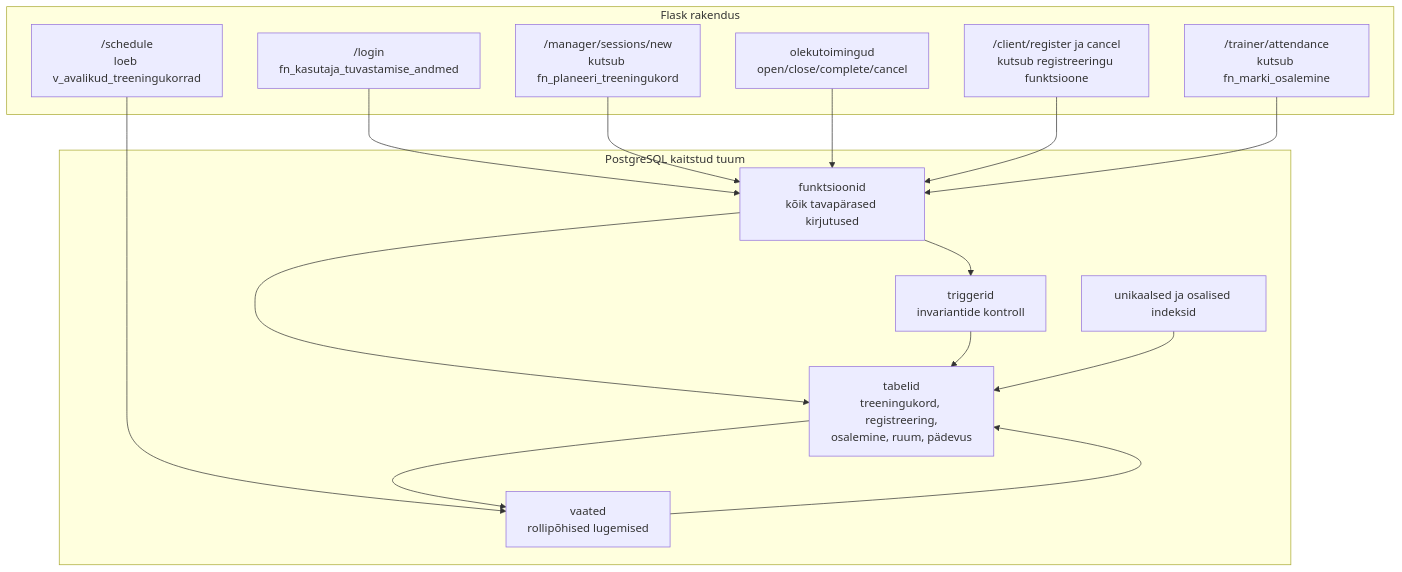
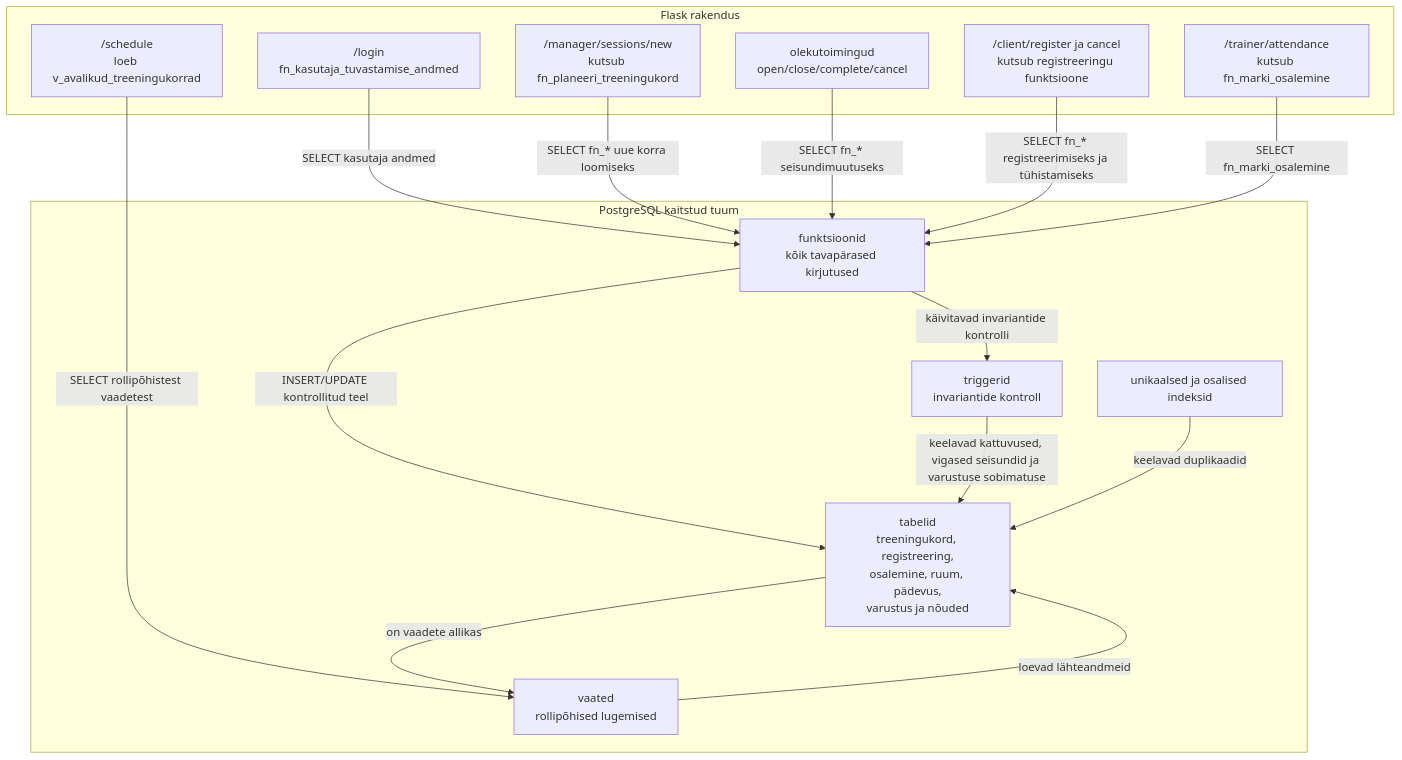
Before and after one commit to tamkivi/andmebaasid-projekt: the diagram in diagrams/09_app_db_architecture.mmd, drawn with Mermaid. The commit also changed 23 other files, not shown here.

```diff
--- a/diagrams/09_app_db_architecture.mmd
+++ b/diagrams/09_app_db_architecture.mmd
@@ -1,31 +1,31 @@
 flowchart TB
     subgraph "Flask rakendus"
         LOGIN["/login\nfn_kasutaja_tuvastamise_andmed"]
         SCH["/schedule\nloeb v_avalikud_treeningukorrad"]
         CRE["/manager/sessions/new\nkutsub fn_planeeri_treeningukord"]
         ACT["olekutoimingud\nopen/close/complete/cancel"]
         REG["/client/register ja cancel\nkutsub registreeringu funktsioone"]
         ATT["/trainer/attendance\nkutsub fn_marki_osalemine"]
     end
 
     subgraph "PostgreSQL kaitstud tuum"
         VIEWS["vaated\nrollipõhised lugemised"]
         FUNCS["funktsioonid\nkõik tavapärased kirjutused"]
         TRIG["triggerid\ninvariantide kontroll"]
         IDX["unikaalsed ja osalised indeksid"]
-        TABLES["tabelid\ntreeningukord, registreering,\nosalemine, ruum, pädevus"]
+        TABLES["tabelid\ntreeningukord, registreering,\nosalemine, ruum, pädevus,\nvarustus ja nõuded"]
     end
 
-    LOGIN --> FUNCS
-    SCH --> VIEWS
-    CRE --> FUNCS
-    ACT --> FUNCS
-    REG --> FUNCS
-    ATT --> FUNCS
+    LOGIN -->|"SELECT kasutaja andmed"| FUNCS
+    SCH -->|"SELECT rollipõhistest vaadetest"| VIEWS
+    CRE -->|"SELECT fn_* uue korra loomiseks"| FUNCS
+    ACT -->|"SELECT fn_* seisundimuutuseks"| FUNCS
+    REG -->|"SELECT fn_* registreerimiseks ja tühistamiseks"| FUNCS
+    ATT -->|"SELECT fn_marki_osalemine"| FUNCS
 
-    FUNCS --> TABLES
-    VIEWS --> TABLES
-    TRIG --> TABLES
-    IDX --> TABLES
-    FUNCS --> TRIG
-    TABLES --> VIEWS
+    FUNCS -->|"INSERT/UPDATE kontrollitud teel"| TABLES
+    VIEWS -->|"loevad lähteandmeid"| TABLES
+    TRIG -->|"keelavad kattuvused, vigased seisundid ja varustuse sobimatuse"| TABLES
+    IDX -->|"keelavad duplikaadid"| TABLES
+    FUNCS -->|"käivitavad invariantide kontrolli"| TRIG
+    TABLES -->|"on vaadete allikas"| VIEWS
```
